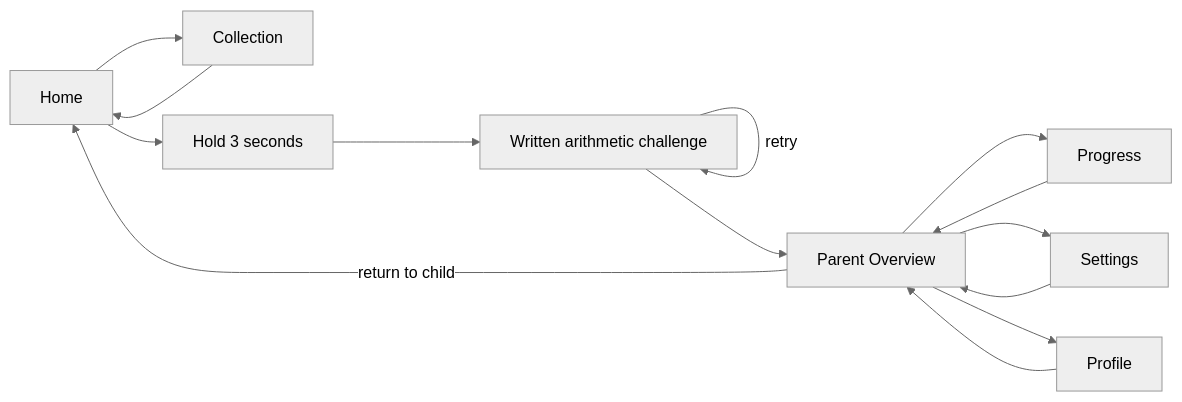
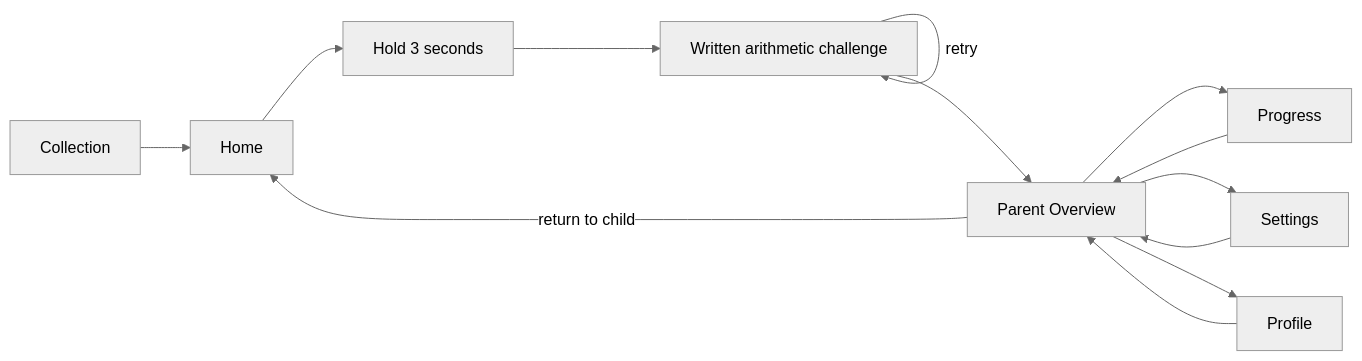
Before and after one commit to majinbaka/FlashKids: the fourth of 5 diagrams in docs/widgetbook_executable_spec.md, drawn with Mermaid (neutral theme). The commit also changed other lines of this file and 12 other files, not shown here.

````diff
--- a/docs/widgetbook_executable_spec.md
+++ b/docs/widgetbook_executable_spec.md
@@ -188,15 +193,15 @@
 ```mermaid
 flowchart LR
-  Home --> Collection --> Home
+  Collection --> Home
   Home --> Gate[Hold 3 seconds]
   Gate --> Challenge[Written arithmetic challenge]
   Challenge -->|retry| Challenge
   Challenge --> Parent[Parent Overview]
   Parent --> Progress
   Parent --> Settings
   Parent --> Profile
   Progress --> Parent
   Settings --> Parent
   Profile --> Parent
   Parent -->|return to child| Home
 ```
````
